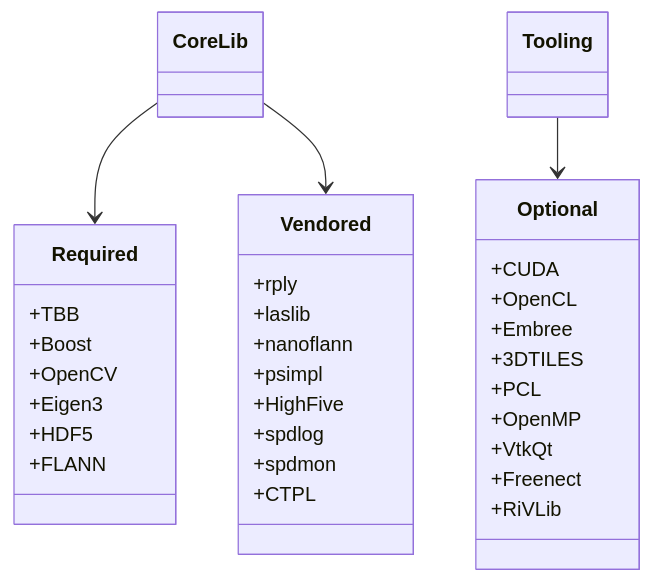
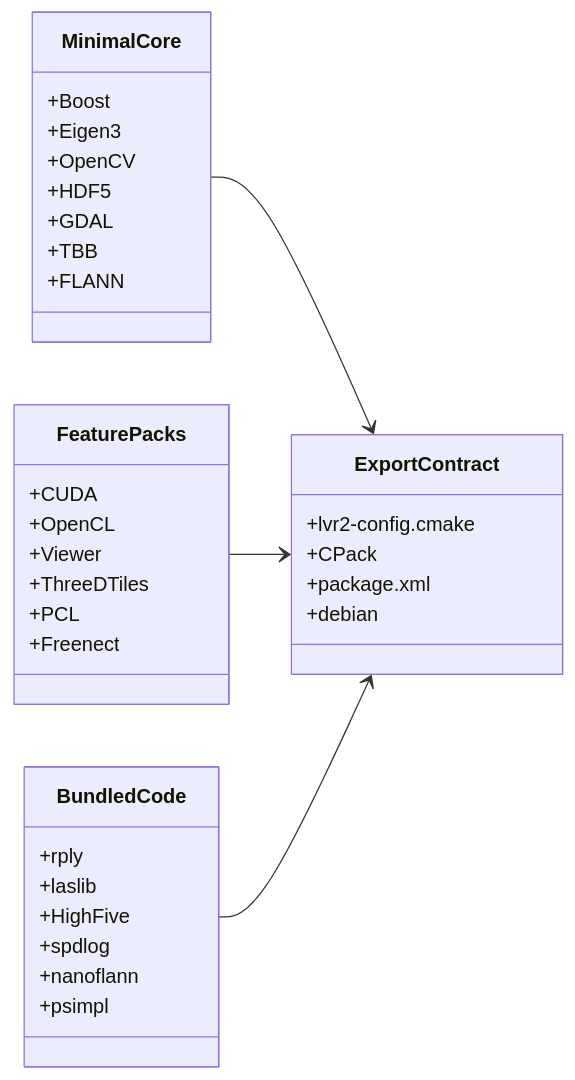
One commit to LVR-3/lvr3 changed the diagram in docs/dependencies.md. Above: the diagram before and after it, drawn with Mermaid. The commit also changed other lines of this file and 4 other files, not shown here.

````diff
--- a/docs/dependencies.md
+++ b/docs/dependencies.md
@@ -28,37 +9,38 @@
 ```mermaid
 classDiagram
-    class Required {
+    direction LR
+    class MinimalCore {
+      +Boost
+      +Eigen3
+      +OpenCV
+      +HDF5
+      +GDAL
       +TBB
-      +Boost
-      +OpenCV
-      +Eigen3
-      +HDF5
       +FLANN
     }
-    class Optional {
+    class FeaturePacks {
       +CUDA
       +OpenCL
-      +Embree
-      +3DTILES
+      +Viewer
+      +ThreeDTiles
       +PCL
-      +OpenMP
-      +VtkQt
       +Freenect
-      +RiVLib
     }
-    class Vendored {
+    class BundledCode {
       +rply
       +laslib
+      +HighFive
+      +spdlog
       +nanoflann
       +psimpl
-      +HighFive
-      +spdlog
-      +spdmon
-      +CTPL
     }
-    class CoreLib
-    class Tooling
-    CoreLib --> Required
-    Tooling --> Optional
-    CoreLib --> Vendored
+    class ExportContract {
+      +lvr2-config.cmake
+      +CPack
+      +package.xml
+      +debian
+    }
+    MinimalCore --> ExportContract
+    FeaturePacks --> ExportContract
+    BundledCode --> ExportContract
 ```
````
